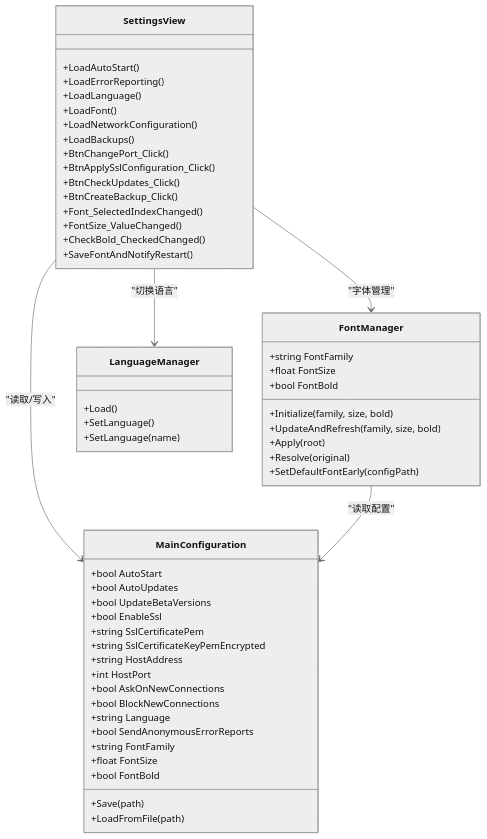
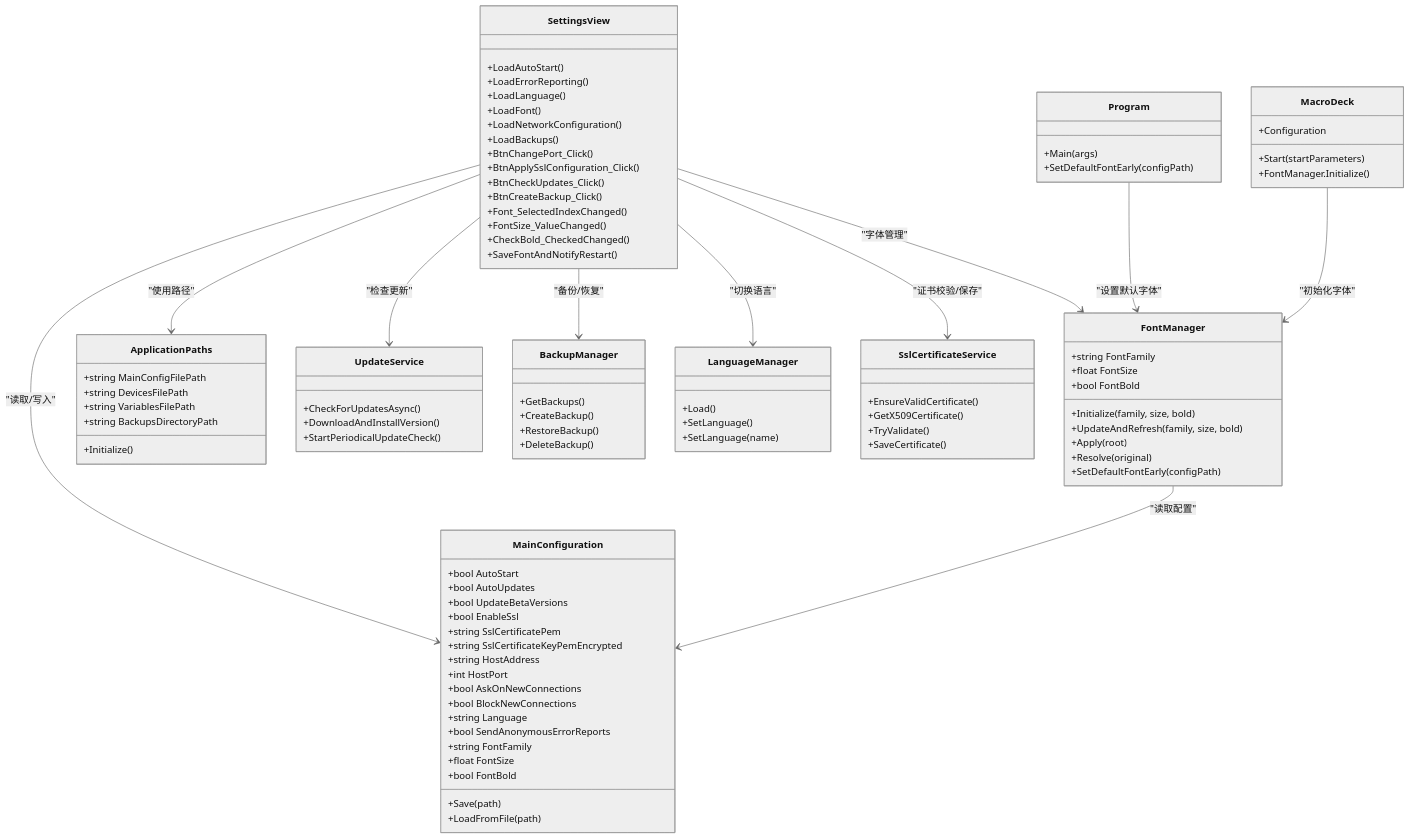
Before and after one commit to tea4go/Macro-Deck: the sixth of 6 diagrams in .qoder/repowiki/zh/content/图形用户界面/视图管理系统/设置视图.md, drawn with Mermaid (neutral theme). The commit also changed other lines of this file and 3 other files, not shown here.

First line of the commit message:
feat(font-manager): 集成字体管理系统并实现实时预览与初始化

````diff
--- a/.qoder/repowiki/zh/content/图形用户界面/视图管理系统/设置视图.md
+++ b/.qoder/repowiki/zh/content/图形用户界面/视图管理系统/设置视图.md
@@ -323,13 +356,52 @@
 +Resolve(original)
 +SetDefaultFontEarly(configPath)
 }
+class Program {
++Main(args)
++SetDefaultFontEarly(configPath)
+}
+class MacroDeck {
++Start(startParameters)
++Configuration
++FontManager.Initialize()
+}
+class ApplicationPaths {
++string MainConfigFilePath
++string DevicesFilePath
++string VariablesFilePath
++string BackupsDirectoryPath
++Initialize()
+}
+class UpdateService {
++CheckForUpdatesAsync()
++DownloadAndInstallVersion()
++StartPeriodicalUpdateCheck()
+}
+class BackupManager {
++GetBackups()
++CreateBackup()
++RestoreBackup()
++DeleteBackup()
+}
 class LanguageManager {
 +Load()
 +SetLanguage()
 +SetLanguage(name)
 }
+class SslCertificateService {
++EnsureValidCertificate()
++GetX509Certificate()
++TryValidate()
++SaveCertificate()
+}
 SettingsView --> MainConfiguration : "读取/写入"
 SettingsView --> FontManager : "字体管理"
+SettingsView --> ApplicationPaths : "使用路径"
+SettingsView --> UpdateService : "检查更新"
+SettingsView --> BackupManager : "备份/恢复"
 SettingsView --> LanguageManager : "切换语言"
+SettingsView --> SslCertificateService : "证书校验/保存"
 FontManager --> MainConfiguration : "读取配置"
+Program --> FontManager : "设置默认字体"
+MacroDeck --> FontManager : "初始化字体"
 ```
````
